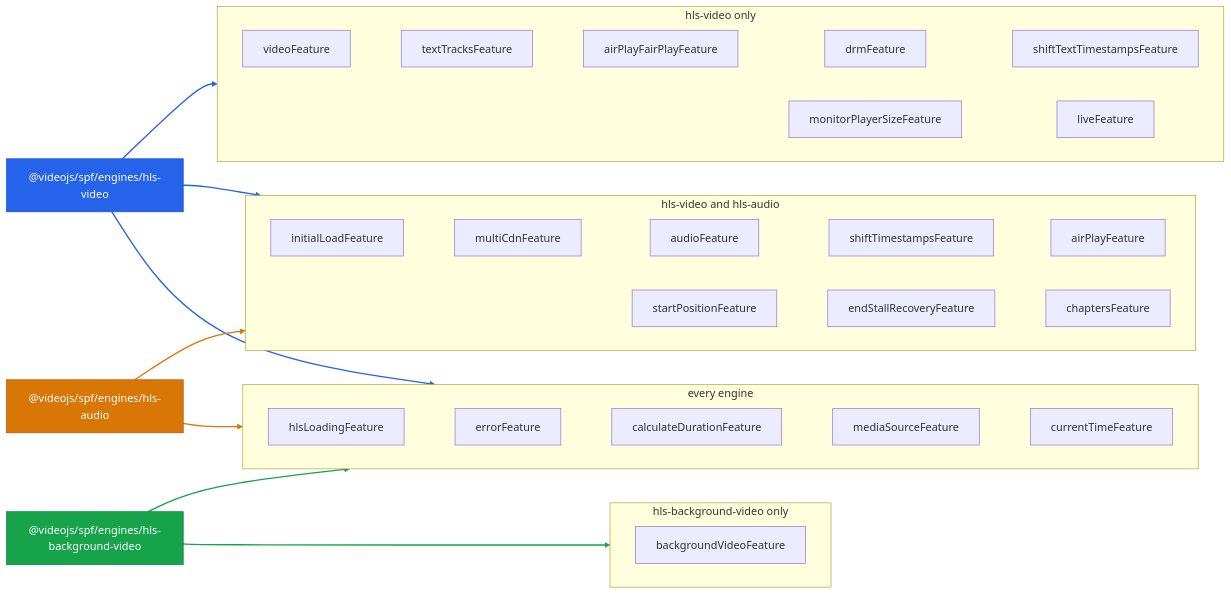
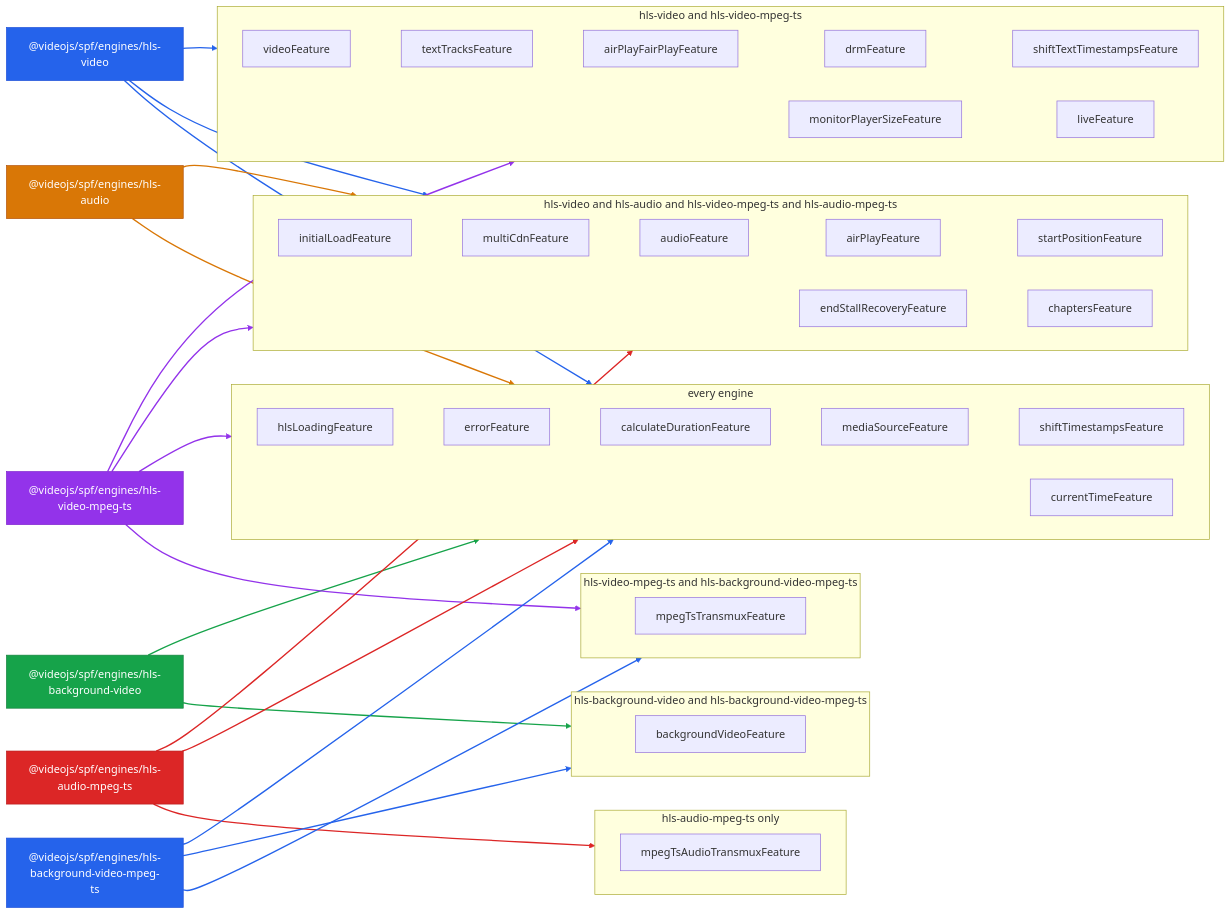
The diagram in packages/spf/docs/reference/README.md (videojs/video.js), drawn with Mermaid before and after one commit. The commit also changed other lines of this file and 109 other files, not shown here.

Commit message:
feat(spf): play Mux's MPEG-TS renditions through opt-in transmux engines (#9554)

````diff
--- a/packages/spf/docs/reference/README.md
+++ b/packages/spf/docs/reference/README.md
@@ -16,7 +16,13 @@
   engine_hls_audio["@videojs/spf/engines/hls-audio"]:::engine_hls_audio
   classDef engine_hls_background_video fill:#16a34a,stroke:#15803d,color:#fff
   engine_hls_background_video["@videojs/spf/engines/hls-background-video"]:::engine_hls_background_video
-  subgraph group_0["hls-video only"]
+  classDef engine_hls_video_mpeg_ts fill:#9333ea,stroke:#7e22ce,color:#fff
+  engine_hls_video_mpeg_ts["@videojs/spf/engines/hls-video-mpeg-ts"]:::engine_hls_video_mpeg_ts
+  classDef engine_hls_audio_mpeg_ts fill:#dc2626,stroke:#b91c1c,color:#fff
+  engine_hls_audio_mpeg_ts["@videojs/spf/engines/hls-audio-mpeg-ts"]:::engine_hls_audio_mpeg_ts
+  classDef engine_hls_background_video_mpeg_ts fill:#2563eb,stroke:#1d4ed8,color:#fff
+  engine_hls_background_video_mpeg_ts["@videojs/spf/engines/hls-background-video-mpeg-ts"]:::engine_hls_background_video_mpeg_ts
+  subgraph group_0["hls-video and hls-video-mpeg-ts"]
     direction LR
     feature_video["videoFeature"]
     feature_text_tracks["textTracksFeature"]
@@ -28,18 +34,17 @@
     feature_video ~~~ feature_text_tracks ~~~ feature_airplay_fairplay ~~~ feature_drm ~~~ feature_shift_text_timestamps
     feature_monitor_player_size ~~~ feature_live
   end
-  subgraph group_1["hls-video and hls-audio"]
+  subgraph group_1["hls-video and hls-audio and hls-video-mpeg-ts and hls-audio-mpeg-ts"]
     direction LR
     feature_initial_load["initialLoadFeature"]
     feature_multi_cdn["multiCdnFeature"]
     feature_audio["audioFeature"]
-    feature_shift_timestamps["shiftTimestampsFeature"]
     feature_airplay["airPlayFeature"]
     feature_start_position["startPositionFeature"]
     feature_end_stall_recovery["endStallRecoveryFeature"]
     feature_chapters["chaptersFeature"]
-    feature_initial_load ~~~ feature_multi_cdn ~~~ feature_audio ~~~ feature_shift_timestamps ~~~ feature_airplay
-    feature_start_position ~~~ feature_end_stall_recovery ~~~ feature_chapters
+    feature_initial_load ~~~ feature_multi_cdn ~~~ feature_audio ~~~ feature_airplay ~~~ feature_start_position
+    feature_end_stall_recovery ~~~ feature_chapters
   end
   subgraph group_2["every engine"]
     direction LR
@@ -47,25 +52,54 @@
     feature_error["errorFeature"]
     feature_calculate_duration["calculateDurationFeature"]
     feature_media_source["mediaSourceFeature"]
+    feature_shift_timestamps["shiftTimestampsFeature"]
     feature_current_time["currentTimeFeature"]
-    feature_hls_loading ~~~ feature_error ~~~ feature_calculate_duration ~~~ feature_media_source ~~~ feature_current_time
+    feature_hls_loading ~~~ feature_error ~~~ feature_calculate_duration ~~~ feature_media_source ~~~ feature_shift_timestamps
   end
-  subgraph group_3["hls-background-video only"]
+  subgraph group_3["hls-background-video and hls-background-video-mpeg-ts"]
     direction LR
     feature_background_video["backgroundVideoFeature"]
   end
+  subgraph group_4["hls-video-mpeg-ts and hls-background-video-mpeg-ts"]
+    direction LR
+    feature_mpeg_ts_transmux["mpegTsTransmuxFeature"]
+  end
+  subgraph group_5["hls-audio-mpeg-ts only"]
+    direction LR
+    feature_mpeg_ts_audio_transmux["mpegTsAudioTransmuxFeature"]
+  end
   engine_hls_video --> group_0
+  linkStyle 14 stroke:#2563eb,stroke-width:2px
+  engine_hls_video --> group_1
   linkStyle 15 stroke:#2563eb,stroke-width:2px
-  engine_hls_video --> group_1
+  engine_hls_video --> group_2
   linkStyle 16 stroke:#2563eb,stroke-width:2px
-  engine_hls_video --> group_2
-  linkStyle 17 stroke:#2563eb,stroke-width:2px
   engine_hls_audio --> group_1
+  linkStyle 17 stroke:#d97706,stroke-width:2px
+  engine_hls_audio --> group_2
   linkStyle 18 stroke:#d97706,stroke-width:2px
-  engine_hls_audio --> group_2
-  linkStyle 19 stroke:#d97706,stroke-width:2px
   engine_hls_background_video --> group_2
+  linkStyle 19 stroke:#16a34a,stroke-width:2px
+  engine_hls_background_video --> group_3
   linkStyle 20 stroke:#16a34a,stroke-width:2px
-  engine_hls_background_video --> group_3
-  linkStyle 21 stroke:#16a34a,stroke-width:2px
+  engine_hls_video_mpeg_ts --> group_0
+  linkStyle 21 stroke:#9333ea,stroke-width:2px
+  engine_hls_video_mpeg_ts --> group_1
+  linkStyle 22 stroke:#9333ea,stroke-width:2px
+  engine_hls_video_mpeg_ts --> group_2
+  linkStyle 23 stroke:#9333ea,stroke-width:2px
+  engine_hls_video_mpeg_ts --> group_4
+  linkStyle 24 stroke:#9333ea,stroke-width:2px
+  engine_hls_audio_mpeg_ts --> group_1
+  linkStyle 25 stroke:#dc2626,stroke-width:2px
+  engine_hls_audio_mpeg_ts --> group_2
+  linkStyle 26 stroke:#dc2626,stroke-width:2px
+  engine_hls_audio_mpeg_ts --> group_5
+  linkStyle 27 stroke:#dc2626,stroke-width:2px
+  engine_hls_background_video_mpeg_ts --> group_2
+  linkStyle 28 stroke:#2563eb,stroke-width:2px
+  engine_hls_background_video_mpeg_ts --> group_3
+  linkStyle 29 stroke:#2563eb,stroke-width:2px
+  engine_hls_background_video_mpeg_ts --> group_4
+  linkStyle 30 stroke:#2563eb,stroke-width:2px
 ```
````
